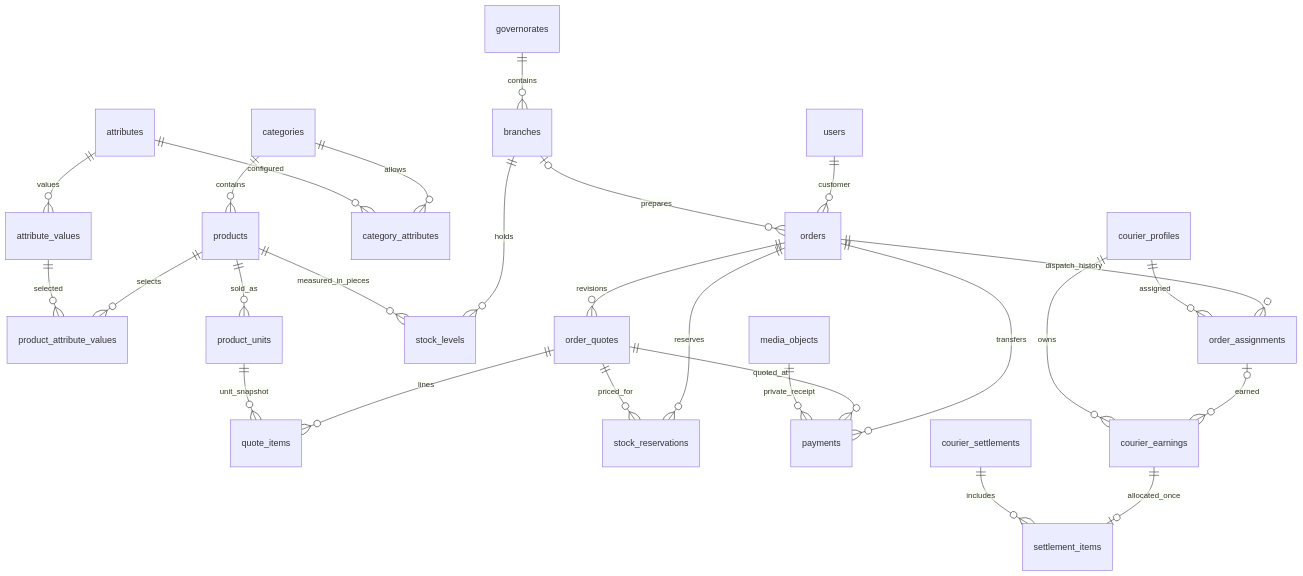
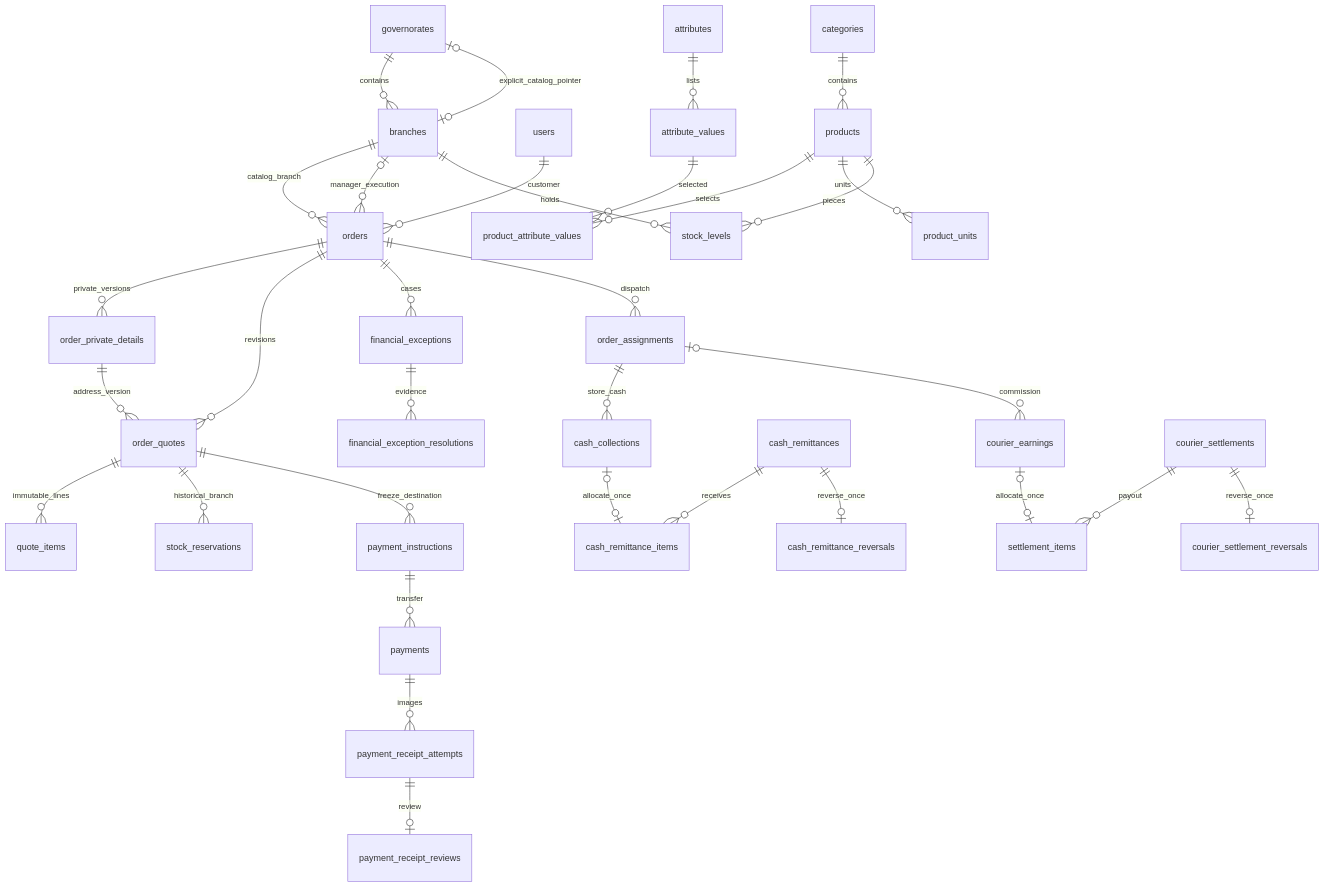
One commit to Ammar-Zuhair/Tazweed changed the diagram in REVIEW_00.md. Above: the diagram before and after it, drawn with Mermaid. The commit also changed other lines of this file and 44 other files, not shown here.

````diff
--- a/REVIEW_00.md
+++ b/REVIEW_00.md
@@ -148,29 +50,35 @@
 ```mermaid
 erDiagram
     governorates ||--o{ branches : contains
+    governorates o|--o| branches : explicit_catalog_pointer
+    branches ||--o{ orders : catalog_branch
+    branches o|--o{ orders : manager_execution
     users ||--o{ orders : customer
-    branches o|--o{ orders : prepares
     categories ||--o{ products : contains
-    categories ||--o{ category_attributes : allows
-    attributes ||--o{ category_attributes : configured
-    attributes ||--o{ attribute_values : values
+    attributes ||--o{ attribute_values : lists
     products ||--o{ product_attribute_values : selects
     attribute_values ||--o{ product_attribute_values : selected
-    products ||--o{ product_units : sold_as
+    products ||--o{ product_units : units
     branches ||--o{ stock_levels : holds
-    products ||--o{ stock_levels : measured_in_pieces
+    products ||--o{ stock_levels : pieces
+    orders ||--o{ order_private_details : private_versions
     orders ||--o{ order_quotes : revisions
-    order_quotes ||--o{ quote_items : lines
-    product_units ||--o{ quote_items : unit_snapshot
-    orders ||--o{ stock_reservations : reserves
-    order_quotes ||--o{ stock_reservations : priced_for
-    orders ||--o{ payments : transfers
-    order_quotes ||--o{ payments : quoted_at
-    media_objects ||--o{ payments : private_receipt
-    orders ||--o{ order_assignments : dispatch_history
-    courier_profiles ||--o{ order_assignments : assigned
-    order_assignments o|--o{ courier_earnings : earned
-    courier_profiles ||--o{ courier_earnings : owns
-    courier_earnings ||--o| settlement_items : allocated_once
-    courier_settlements ||--o{ settlement_items : includes
+    order_private_details ||--o{ order_quotes : address_version
+    order_quotes ||--o{ quote_items : immutable_lines
+    order_quotes ||--o{ stock_reservations : historical_branch
+    order_quotes ||--o{ payment_instructions : freeze_destination
+    payment_instructions ||--o{ payments : transfer
+    payments ||--o{ payment_receipt_attempts : images
+    payment_receipt_attempts ||--o| payment_receipt_reviews : review
+    orders ||--o{ financial_exceptions : cases
+    financial_exceptions ||--o{ financial_exception_resolutions : evidence
+    orders ||--o{ order_assignments : dispatch
+    order_assignments ||--o{ cash_collections : store_cash
+    cash_collections o|--o| cash_remittance_items : allocate_once
+    cash_remittances ||--o{ cash_remittance_items : receives
+    cash_remittances ||--o| cash_remittance_reversals : reverse_once
+    order_assignments o|--o{ courier_earnings : commission
+    courier_earnings o|--o| settlement_items : allocate_once
+    courier_settlements ||--o{ settlement_items : payout
+    courier_settlements ||--o| courier_settlement_reversals : reverse_once
 ```
````
